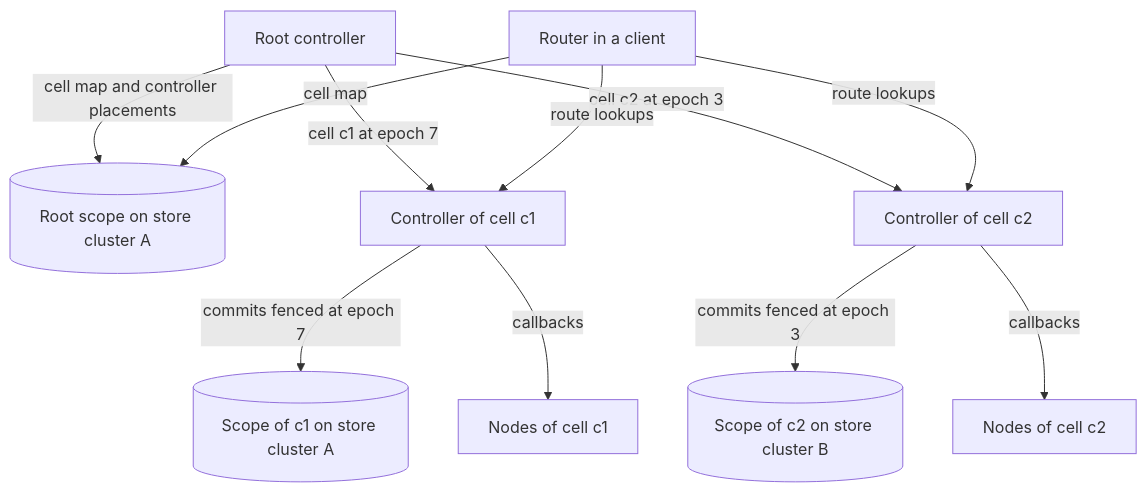
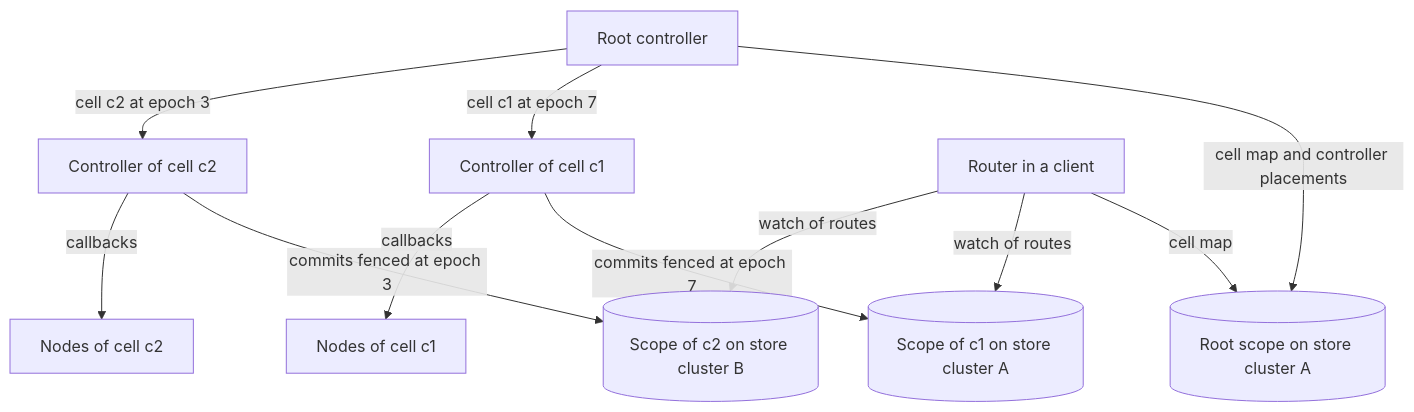
Before and after one commit to thesm-os/sharder: the diagram in docs/rfc/0009-horizontal-scaling-with-cells.md, drawn with Mermaid. The commit also changed other lines of this file and 8 other files, not shown here.

````diff
--- a/docs/rfc/0009-horizontal-scaling-with-cells.md
+++ b/docs/rfc/0009-horizontal-scaling-with-cells.md
@@ -74,13 +76,13 @@
 ```mermaid
 flowchart TB
     root[Root controller] -->|cell map and controller placements| rs[(Root scope on store cluster A)]
     root -->|cell c1 at epoch 7| c1[Controller of cell c1]
     root -->|cell c2 at epoch 3| c2[Controller of cell c2]
     c1 -->|commits fenced at epoch 7| s1[(Scope of c1 on store cluster A)]
     c2 -->|commits fenced at epoch 3| s2[(Scope of c2 on store cluster B)]
     c1 -->|callbacks| n1[Nodes of cell c1]
     c2 -->|callbacks| n2[Nodes of cell c2]
     router[Router in a client] -->|cell map| rs
-    router -->|route lookups| c1
-    router -->|route lookups| c2
+    router -->|watch of routes| s1
+    router -->|watch of routes| s2
 ```
````
